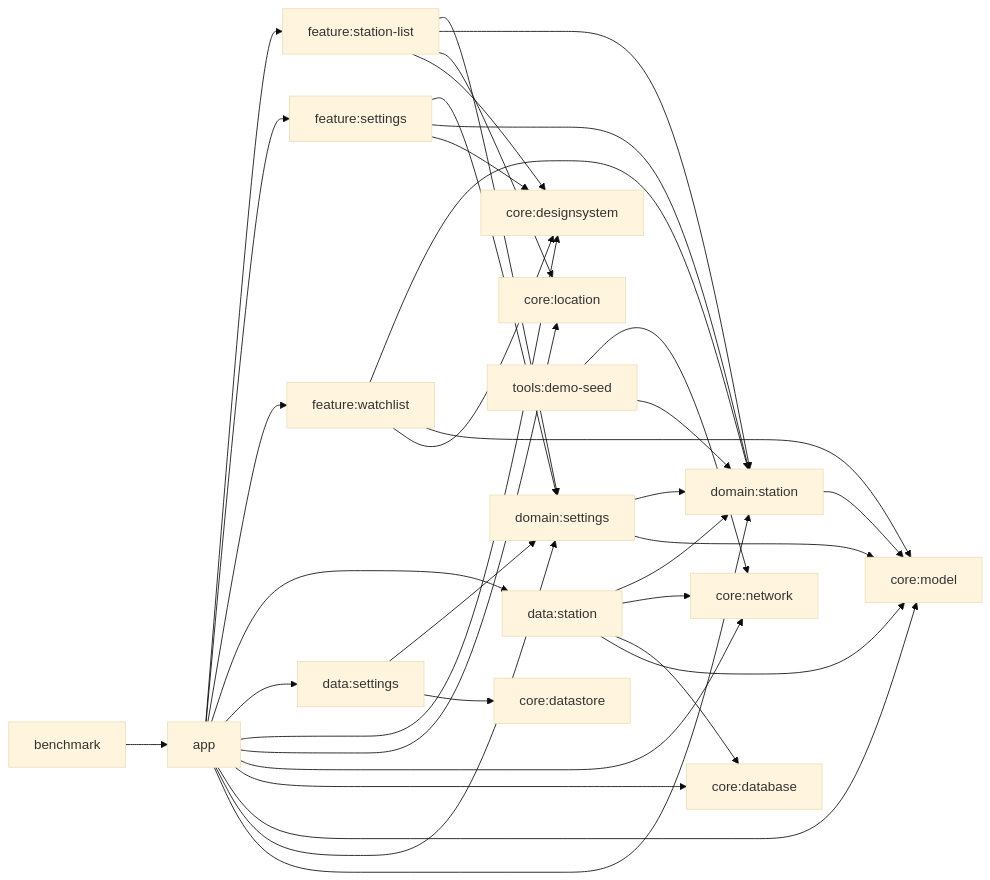
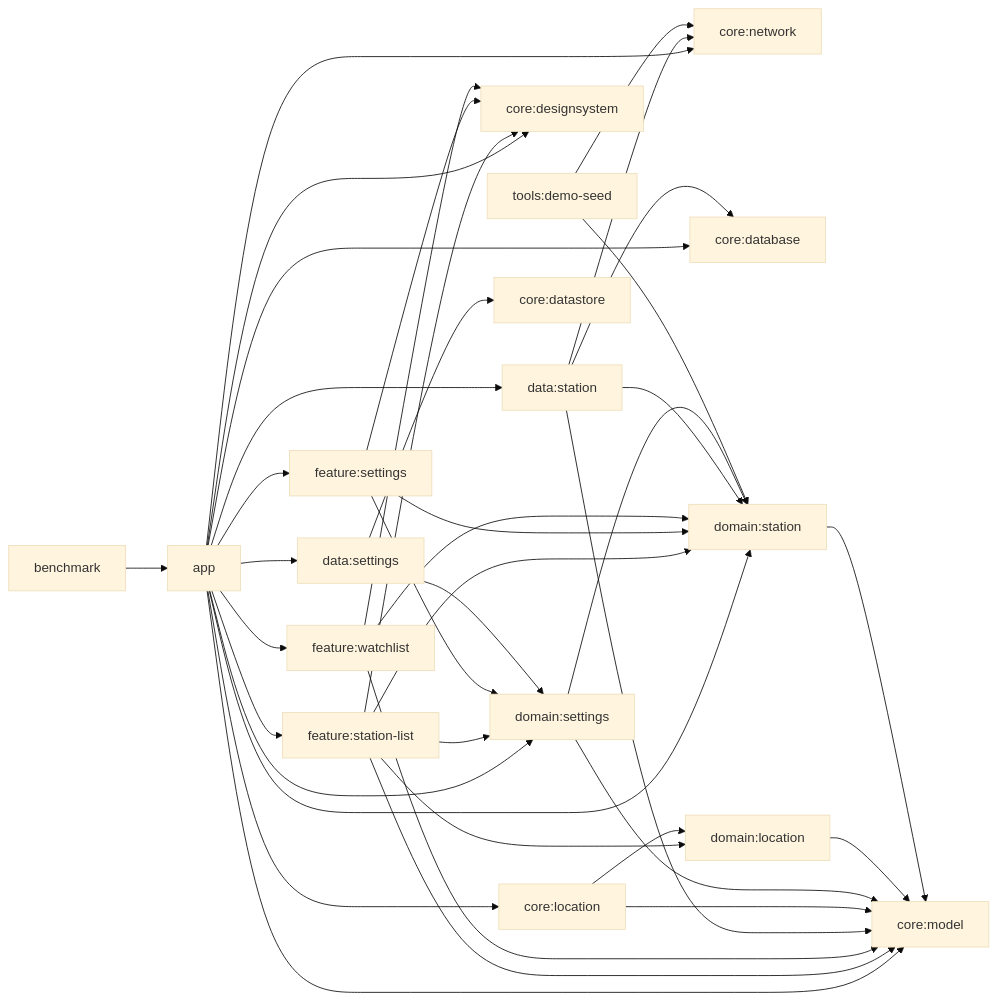
One commit to beyondwin/GasStation changed the diagram in docs/architecture.md. Above: the diagram before and after it, drawn with Mermaid (base theme). The commit also changed other lines of this file and 2 other files, not shown here.

````diff
--- a/docs/architecture.md
+++ b/docs/architecture.md
@@ -16,44 +16,48 @@
 ```mermaid
 flowchart LR
     app["app"] --> fstation["feature:station-list"]
     app --> fsettings["feature:settings"]
     app --> fwatch["feature:watchlist"]
     app --> dstation["data:station"]
     app --> dsettings["data:settings"]
     app --> cdesign["core:designsystem"]
     app --> clocation["core:location"]
     app --> cnetwork["core:network"]
     app --> cdatabase["core:database"]
     app --> cmodel["core:model"]
     app --> domSettings["domain:settings"]
     app --> domStation["domain:station"]
 
     fstation --> domSettings
     fstation --> domStation
-    fstation --> clocation
+    fstation --> domLocation["domain:location"]
     fstation --> cdesign
+    fstation --> cmodel
 
     fsettings --> domSettings
     fsettings --> domStation
     fsettings --> cdesign
 
     fwatch --> domStation
     fwatch --> cmodel
     fwatch --> cdesign
 
     dstation --> domStation
     dstation --> cnetwork
     dstation --> cdatabase
     dstation --> cmodel
 
     dsettings --> domSettings
     dsettings --> cstore["core:datastore"]
 
+    clocation --> domLocation
+    clocation --> cmodel
     domSettings --> domStation
     domSettings --> cmodel
+    domLocation --> cmodel
     domStation --> cmodel
 
     tools["tools:demo-seed"] --> cnetwork
     tools --> domStation
     benchmark["benchmark"] --> app
 ```
````
